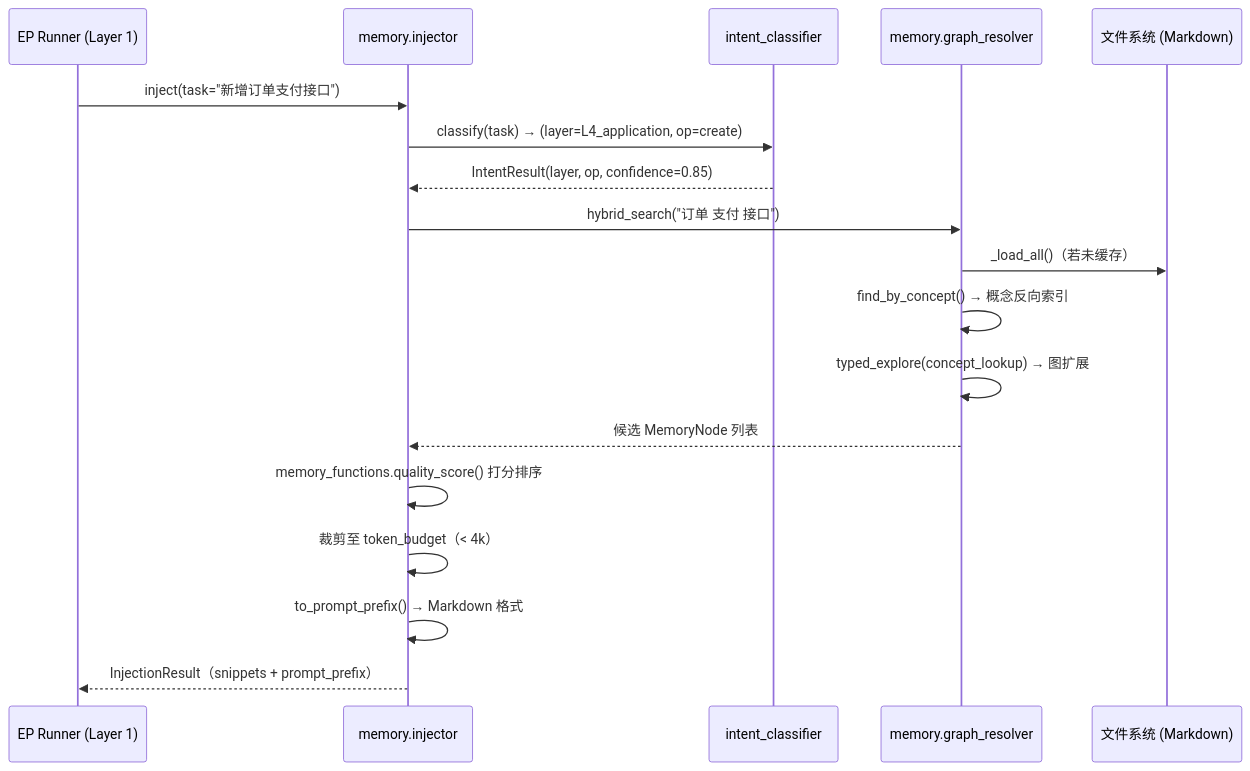
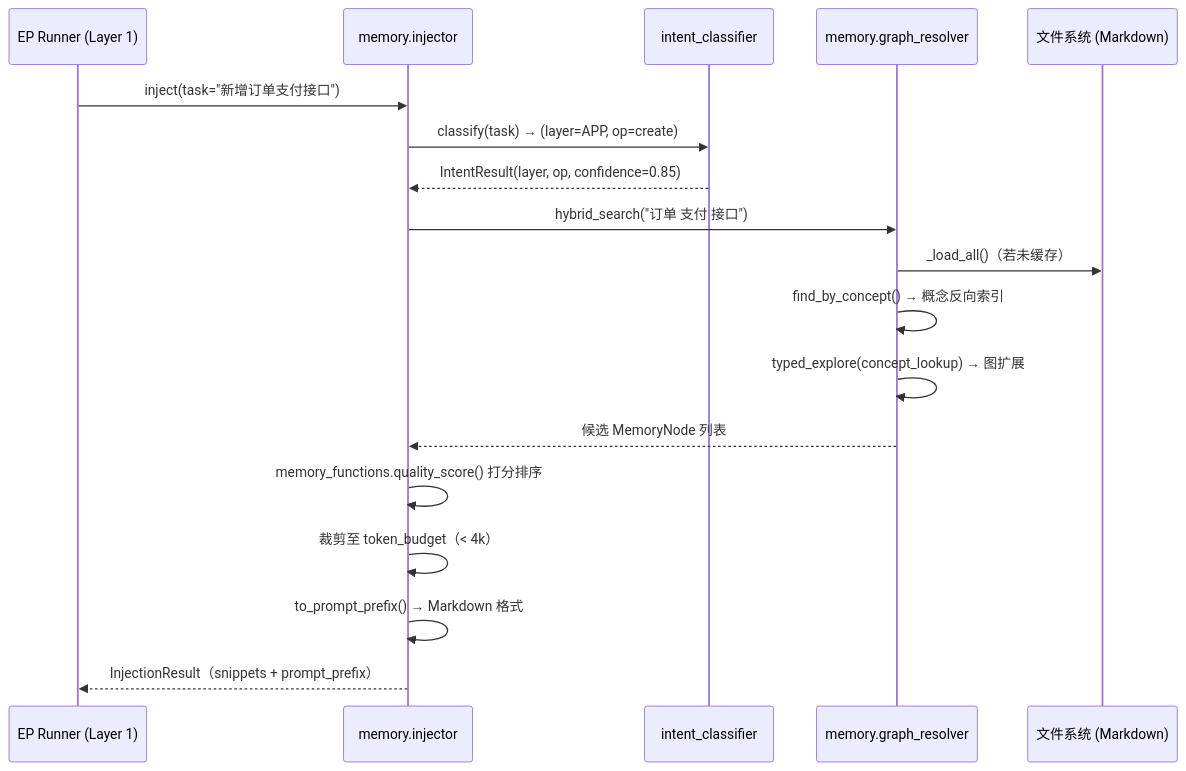
One commit to allengaoo/mms changed the first of 3 diagrams in src/mms/memory/mem_readme.md. Above: the diagram before and after it, drawn with Mermaid. The commit also changed other lines of this file and 4 other files, not shown here.

First line of the commit message:
docs: 全面更新 README 文件体系以反映 Schema v5.0 架构

````diff
--- a/src/mms/memory/mem_readme.md
+++ b/src/mms/memory/mem_readme.md
@@ -225,23 +226,23 @@
 ```mermaid
 sequenceDiagram
     participant EP as EP Runner (Layer 1)
     participant Injector as memory.injector
     participant IC as intent_classifier
     participant Resolver as memory.graph_resolver
     participant FS as 文件系统 (Markdown)
 
     EP->>Injector: inject(task="新增订单支付接口")
-    Injector->>IC: classify(task) → (layer=L4_application, op=create)
+    Injector->>IC: classify(task) → (layer=APP, op=create)
     IC-->>Injector: IntentResult(layer, op, confidence=0.85)
 
     Injector->>Resolver: hybrid_search("订单 支付 接口")
     Resolver->>FS: _load_all()（若未缓存）
     Resolver->>Resolver: find_by_concept() → 概念反向索引
     Resolver->>Resolver: typed_explore(concept_lookup) → 图扩展
     Resolver-->>Injector: 候选 MemoryNode 列表
 
     Injector->>Injector: memory_functions.quality_score() 打分排序
     Injector->>Injector: 裁剪至 token_budget（< 4k）
     Injector->>Injector: to_prompt_prefix() → Markdown 格式
     Injector-->>EP: InjectionResult（snippets + prompt_prefix）
 ```
````
